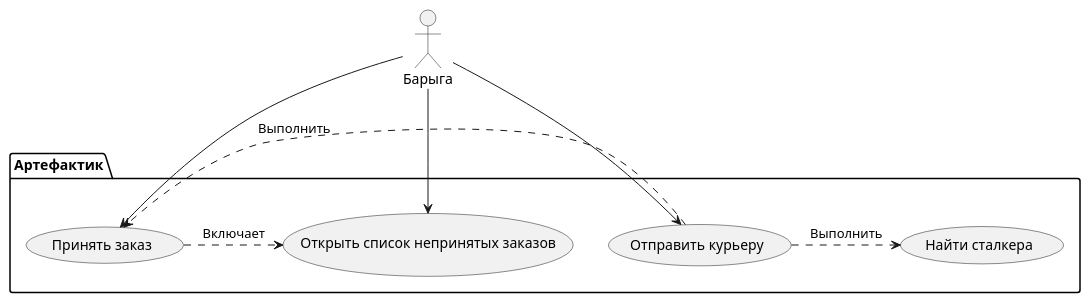
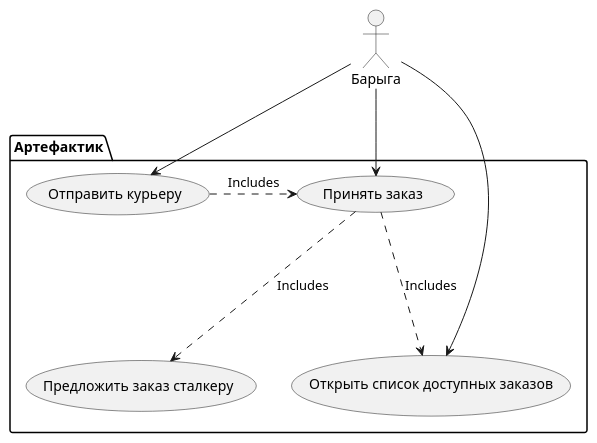
Before and after one commit to avdosev/itmo-software-diagrams: the diagram in use-cases/huckster/accept_order.puml, drawn with PlantUML. The commit also changed 1 other file, not shown here.

```diff
--- a/use-cases/huckster/accept_order.puml
+++ b/use-cases/huckster/accept_order.puml
@@ -1,21 +1,21 @@
 @startuml
 actor Барыга as Client
 
 package Артефактик {
-    usecase "Принять заказ" as Order
-    usecase "Открыть список непринятых заказов" as List
+    usecase "Принять заказ" as AcceptOrder
+    usecase "Открыть список доступных заказов" as ListOrders
     
-    usecase "Найти сталкера" as Stalker
+    usecase "Предложить заказ сталкеру" as SuggestToStalker
     usecase "Отправить курьеру" as Courier
 
-    Order .> List : "Включает"
+    AcceptOrder .-down-> ListOrders: "Includes"
 
-    Courier .> Stalker : "Выполнить"
-    Courier .> Order : "Выполнить"
+    AcceptOrder .-down-> SuggestToStalker: "Includes"
+    Courier .> AcceptOrder: "Includes"
 }
 
-Client --> Order
-Client --> List
+Client --> AcceptOrder
+Client --> ListOrders
 
 Client --> Courier
 @enduml
```
